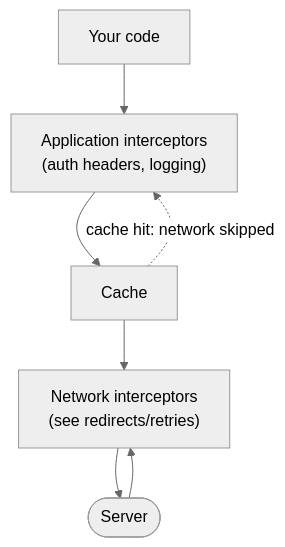
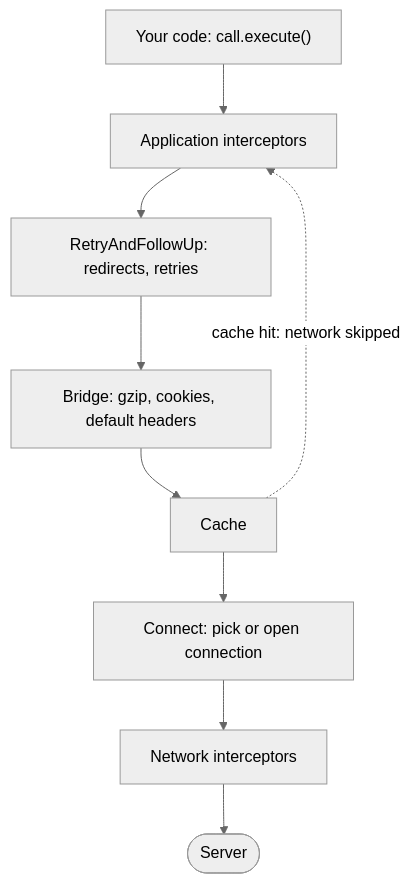
Before and after one commit to AkshayAshokCode/Android-Interview-Questions-cheat-sheet: the third of 10 diagrams in topics/15-networking.md, drawn with Mermaid (neutral theme). The commit also changed other lines of this file and 21 other files, not shown here.

````diff
--- a/topics/15-networking.md
+++ b/topics/15-networking.md
@@ -104,9 +344,11 @@
 ```mermaid
 flowchart TD
-    APP["Your code"] --> AI["Application interceptors<br/>(auth headers, logging)"]
-    AI --> CACHE["Cache"]
-    CACHE --> NI["Network interceptors<br/>(see redirects/retries)"]
+    APP["Your code: call.execute()"] --> AI["Application interceptors"]
+    AI --> RF["RetryAndFollowUp: redirects, retries"]
+    RF --> BR["Bridge: gzip, cookies, default headers"]
+    BR --> CACHE["Cache"]
+    CACHE --> CONN["Connect: pick or open connection"]
+    CONN --> NI["Network interceptors"]
     NI --> NET(["Server"])
-    NET --> NI
     CACHE -.->|"cache hit: network skipped"| AI
 ```
````
